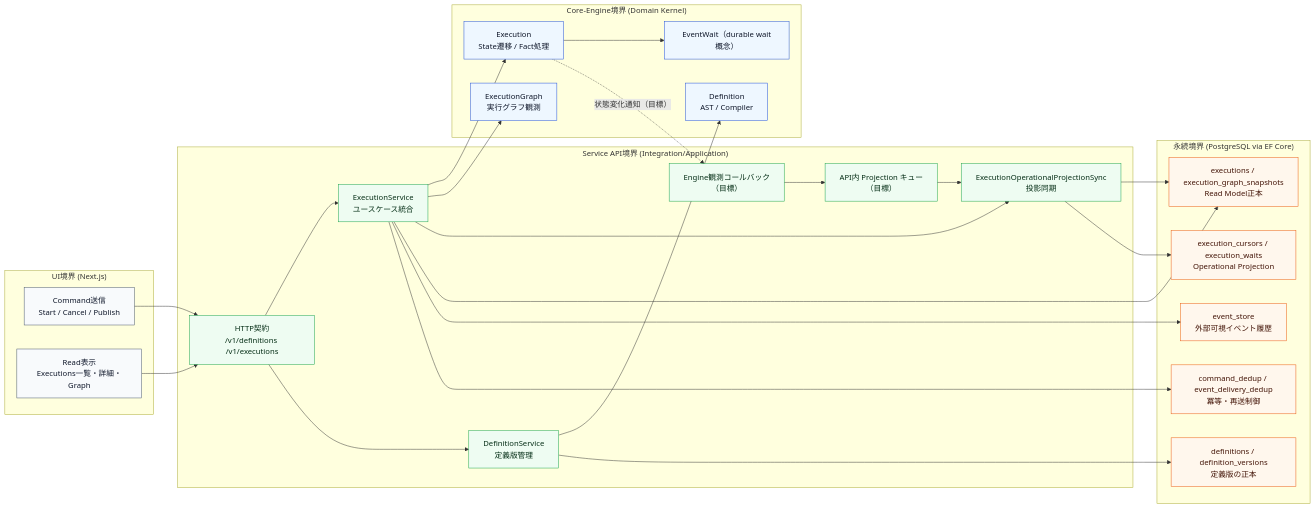
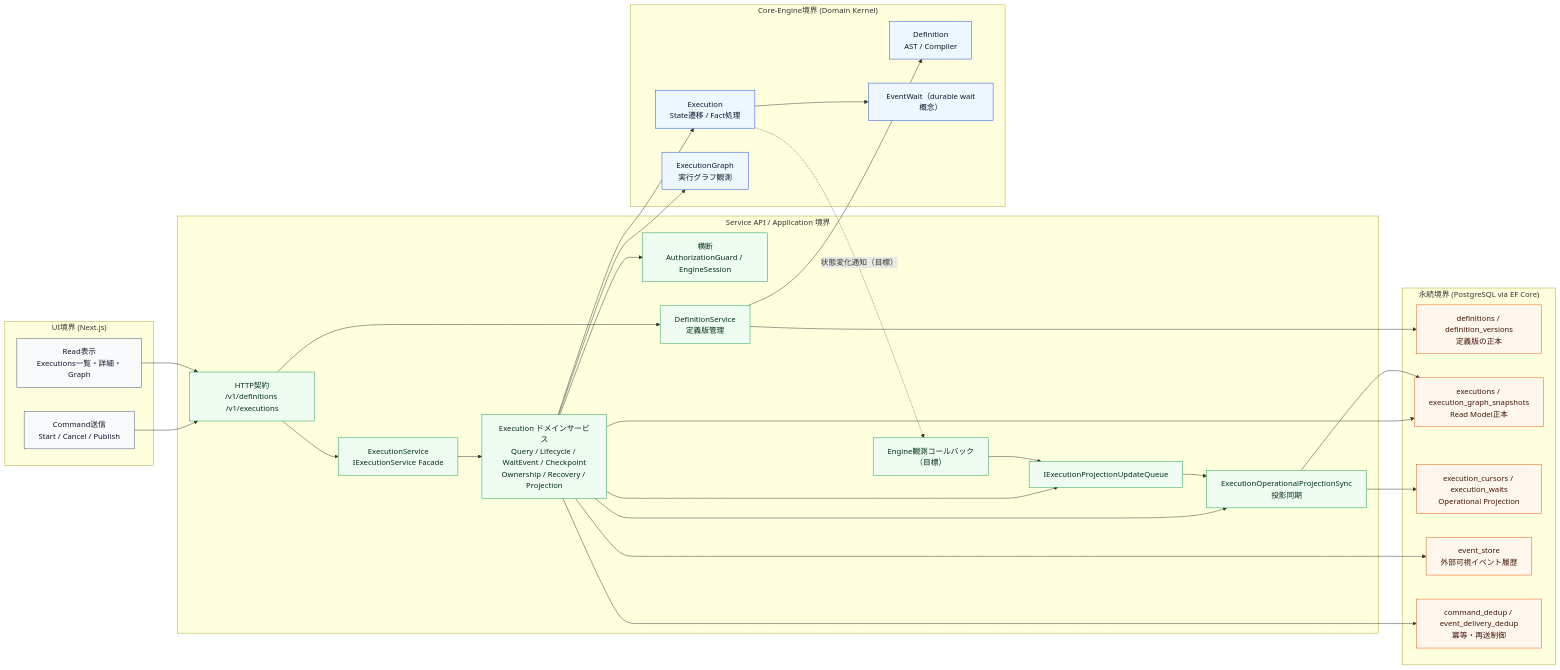
Before and after one commit to MichiharuShiba/statevia: the diagram in docs/architecture/domain-model-boundaries.md, drawn with Mermaid. The commit also changed other lines of this file and 4 other files, not shown here.

Commit message:
Execution 責務分割後の Facade とドメイン境界を docs に反映し、実装と公開ドキュメントの乖離を防ぐ。

````diff
--- a/docs/architecture/domain-model-boundaries.md
+++ b/docs/architecture/domain-model-boundaries.md
@@ -7,63 +20,68 @@
 ```mermaid
 flowchart LR
   classDef domain fill:#eef7ff,stroke:#1d4ed8,stroke-width:1px,color:#0f172a;
   classDef integration fill:#eefcf2,stroke:#16a34a,stroke-width:1px,color:#052e16;
   classDef storage fill:#fff7ed,stroke:#ea580c,stroke-width:1px,color:#431407;
   classDef external fill:#f8fafc,stroke:#475569,stroke-width:1px,color:#0f172a;
 
   subgraph UI["UI境界 (Next.js)"]
     UICommand["Command送信<br/>Start / Cancel / Publish"]
     UIQuery["Read表示<br/>Executions一覧・詳細・Graph"]
   end
 
-  subgraph API["Service API境界 (Integration/Application)"]
-    ExecutionService["ExecutionService<br/>ユースケース統合"]
+  subgraph API["Service API / Application 境界"]
+    ApiContract["HTTP契約<br/>/v1/definitions /v1/executions"]
+    Facade["ExecutionService<br/>IExecutionService Facade"]
+    ExecDomains["Execution ドメインサービス<br/>Query / Lifecycle / WaitEvent / Checkpoint<br/>Ownership / Recovery / Projection"]
+    CrossCut["横断<br/>AuthorizationGuard / EngineSession"]
     ProjectionSync["ExecutionOperationalProjectionSync<br/>投影同期"]
+    ProjectionQueue["IExecutionProjectionUpdateQueue"]
     EngineCallback["Engine観測コールバック<br/>（目標）"]
-    ProjectionQueue["API内 Projection キュー<br/>（目標）"]
     DefinitionService["DefinitionService<br/>定義版管理"]
-    ApiContract["HTTP契約<br/>/v1/definitions /v1/executions"]
   end
 
   subgraph Engine["Core-Engine境界 (Domain Kernel)"]
     DefinitionModel["Definition<br/>AST / Compiler"]
     ExecutionModel["Execution<br/>State遷移 / Fact処理"]
     GraphModel["ExecutionGraph<br/>実行グラフ観測"]
     WaitModel["EventWait（durable wait概念）"]
   end
 
   subgraph DB["永続境界 (PostgreSQL via EF Core)"]
     DefinitionTables["definitions / definition_versions<br/>定義版の正本"]
     ExecutionTables["executions / execution_graph_snapshots<br/>Read Model正本"]
     CursorTables["execution_cursors / execution_waits<br/>Operational Projection"]
     EventStore["event_store<br/>外部可視イベント履歴"]
     Dedup["command_dedup / event_delivery_dedup<br/>冪等・再送制御"]
   end
 
   UICommand --> ApiContract
   UIQuery --> ApiContract
 
-  ApiContract --> ExecutionService
+  ApiContract --> Facade
   ApiContract --> DefinitionService
-  ExecutionService --> ExecutionModel
-  ExecutionService --> GraphModel
-  ExecutionService --> ProjectionSync
+  Facade --> ExecDomains
+  ExecDomains --> CrossCut
+  ExecDomains --> ExecutionModel
+  ExecDomains --> GraphModel
+  ExecDomains --> ProjectionQueue
+  ExecDomains --> ProjectionSync
   DefinitionService --> DefinitionModel
 
   DefinitionService --> DefinitionTables
-  ExecutionService --> ExecutionTables
+  ExecDomains --> ExecutionTables
   ProjectionSync --> ExecutionTables
   ProjectionSync --> CursorTables
-  ExecutionService --> EventStore
-  ExecutionService --> Dedup
+  ExecDomains --> EventStore
+  ExecDomains --> Dedup
 
   ExecutionModel --> WaitModel
   ExecutionModel -.状態変化通知（目標）.-> EngineCallback
   EngineCallback --> ProjectionQueue
   ProjectionQueue --> ProjectionSync
 
   class DefinitionModel,ExecutionModel,GraphModel,WaitModel domain;
-  class ExecutionService,ProjectionSync,EngineCallback,ProjectionQueue,DefinitionService,ApiContract integration;
+  class Facade,ExecDomains,CrossCut,ProjectionSync,EngineCallback,ProjectionQueue,DefinitionService,ApiContract integration;
   class DefinitionTables,ExecutionTables,CursorTables,EventStore,Dedup storage;
   class UICommand,UIQuery external;
 ```
````
